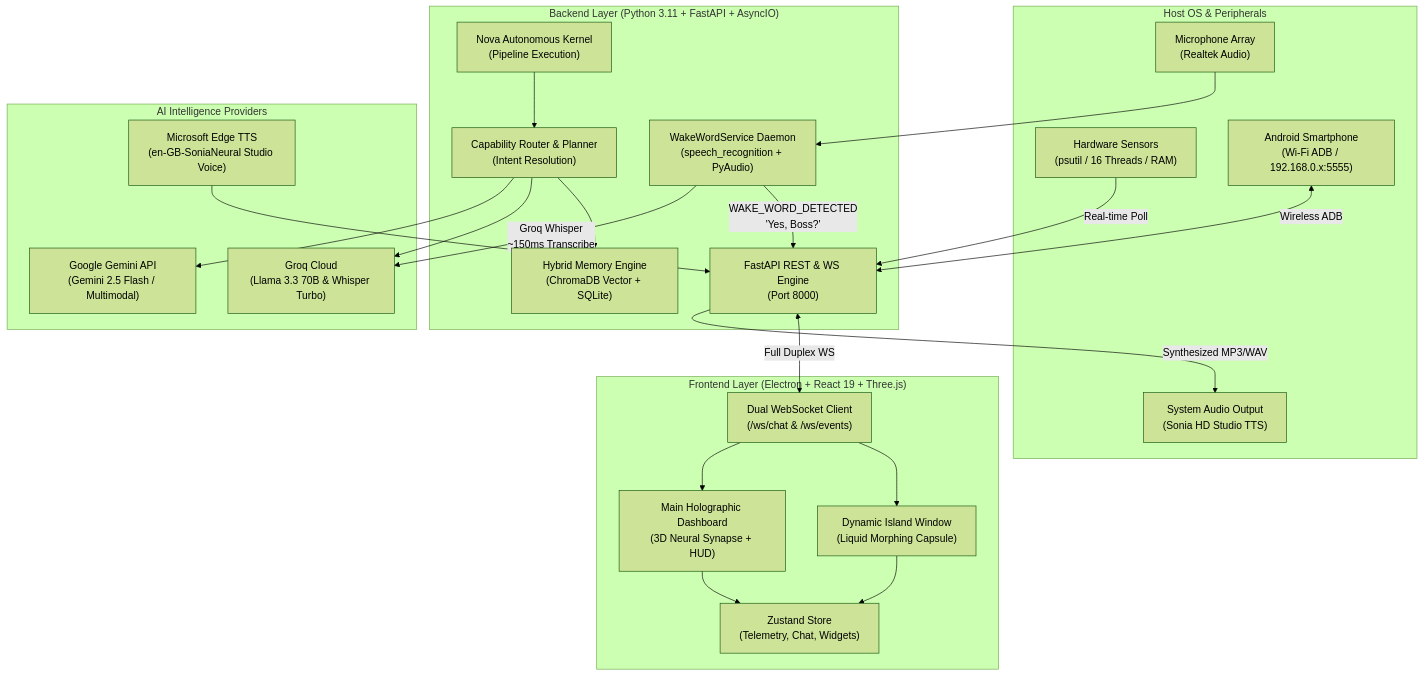
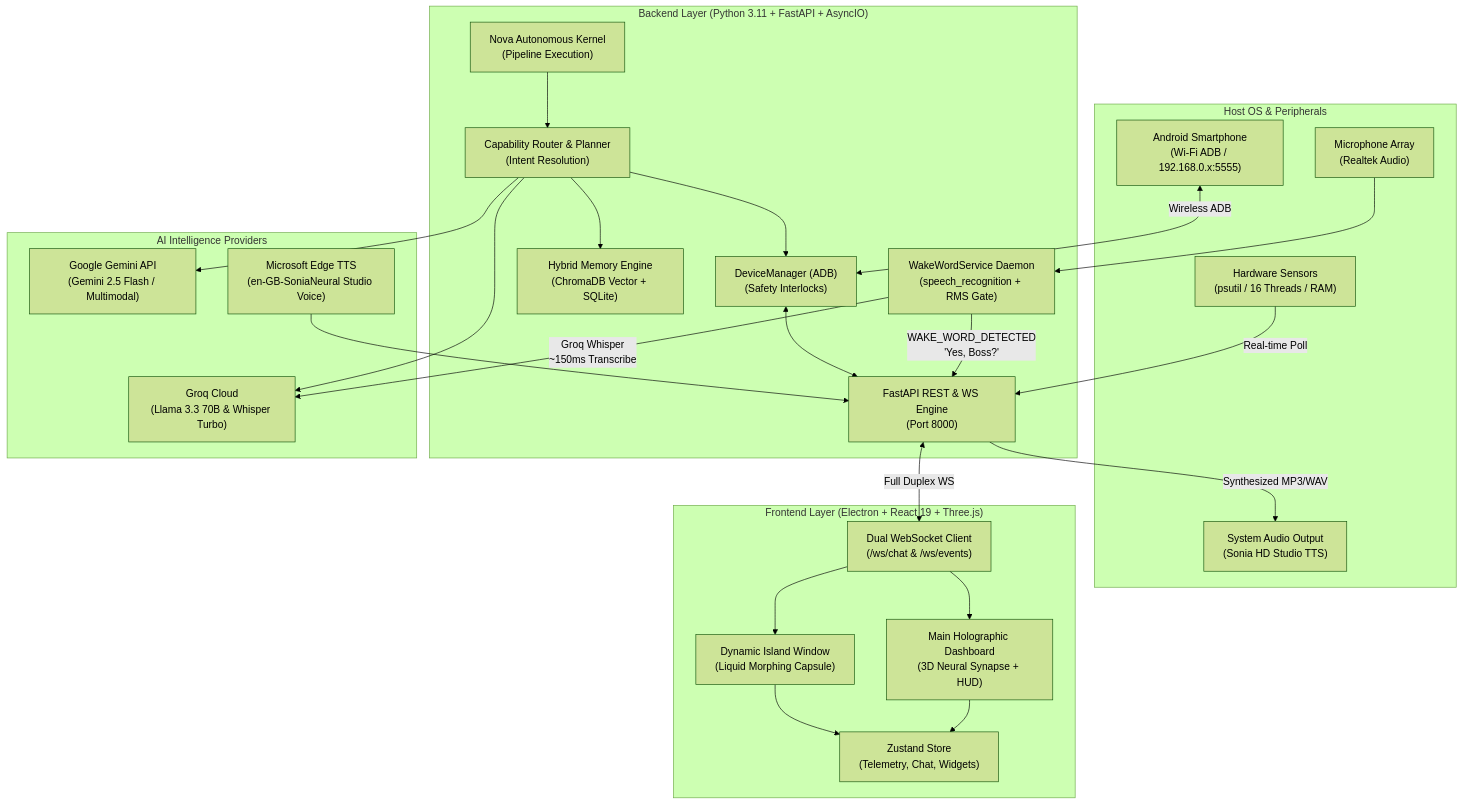
Before and after one commit to Codewithjainam7/Nova: the first of 2 diagrams in README.md, drawn with Mermaid (forest theme). The commit also changed other lines of this file and 5 other files, not shown here.

Commit message:
docs: enrich master documentation with voice pipeline, acoustic safety, and ADB interlocks

````diff
--- a/README.md
+++ b/README.md
@@ -50,47 +51,50 @@
 ```mermaid
 flowchart TB
     subgraph Host_Environment ["Host OS & Peripherals"]
         MIC["Microphone Array<br/>(Realtek Audio)"]
         SPEAKER["System Audio Output<br/>(Sonia HD Studio TTS)"]
         HARDWARE["Hardware Sensors<br/>(psutil / 16 Threads / RAM)"]
         ANDROID["Android Smartphone<br/>(Wi-Fi ADB / 192.168.0.x:5555)"]
     end
 
     subgraph Frontend_Electron ["Frontend Layer (Electron + React 19 + Three.js)"]
         ISLAND["Dynamic Island Window<br/>(Liquid Morphing Capsule)"]
         DASHBOARD["Main Holographic Dashboard<br/>(3D Neural Synapse + HUD)"]
         WS_CLIENT["Dual WebSocket Client<br/>(/ws/chat & /ws/events)"]
         STORE["Zustand Store<br/>(Telemetry, Chat, Widgets)"]
     end
 
     subgraph Backend_Kernel ["Backend Layer (Python 3.11 + FastAPI + AsyncIO)"]
         API["FastAPI REST & WS Engine<br/>(Port 8000)"]
-        WAKE["WakeWordService Daemon<br/>(speech_recognition + PyAudio)"]
+        WAKE["WakeWordService Daemon<br/>(speech_recognition + RMS Gate)"]
         ROUTER["Capability Router & Planner<br/>(Intent Resolution)"]
         KERNEL["Nova Autonomous Kernel<br/>(Pipeline Execution)"]
         MEMORY["Hybrid Memory Engine<br/>(ChromaDB Vector + SQLite)"]
+        DEVICES["DeviceManager (ADB)<br/>(Safety Interlocks)"]
     end
 
     subgraph External_Cognition ["AI Intelligence Providers"]
         GROQ["Groq Cloud<br/>(Llama 3.3 70B & Whisper Turbo)"]
         GEMINI["Google Gemini API<br/>(Gemini 2.5 Flash / Multimodal)"]
         EDGE_TTS["Microsoft Edge TTS<br/>(en-GB-SoniaNeural Studio Voice)"]
     end
 
     MIC --> WAKE
     WAKE -->|"WAKE_WORD_DETECTED<br/>'Yes, Boss?'"| API
     WAKE -->|"Groq Whisper<br/>~150ms Transcribe"| GROQ
     API <-->|Full Duplex WS| WS_CLIENT
     WS_CLIENT --> ISLAND
     WS_CLIENT --> DASHBOARD
     DASHBOARD --> STORE
     ISLAND --> STORE
     HARDWARE -->|Real-time Poll| API
-    ANDROID <-->|Wireless ADB| API
+    ANDROID <-->|Wireless ADB| DEVICES
+    DEVICES <--> API
     KERNEL --> ROUTER
     ROUTER --> MEMORY
     ROUTER --> GROQ
     ROUTER --> GEMINI
+    ROUTER --> DEVICES
     API -->|Synthesized MP3/WAV| SPEAKER
     EDGE_TTS --> API
 ```
````
